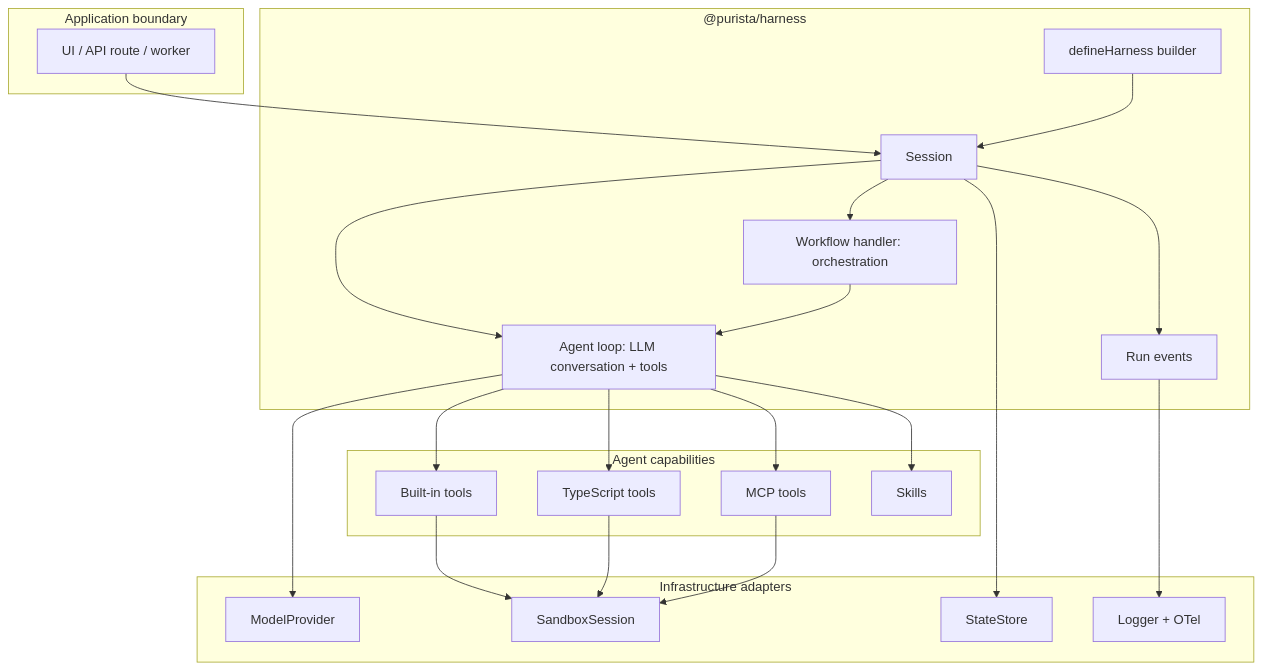
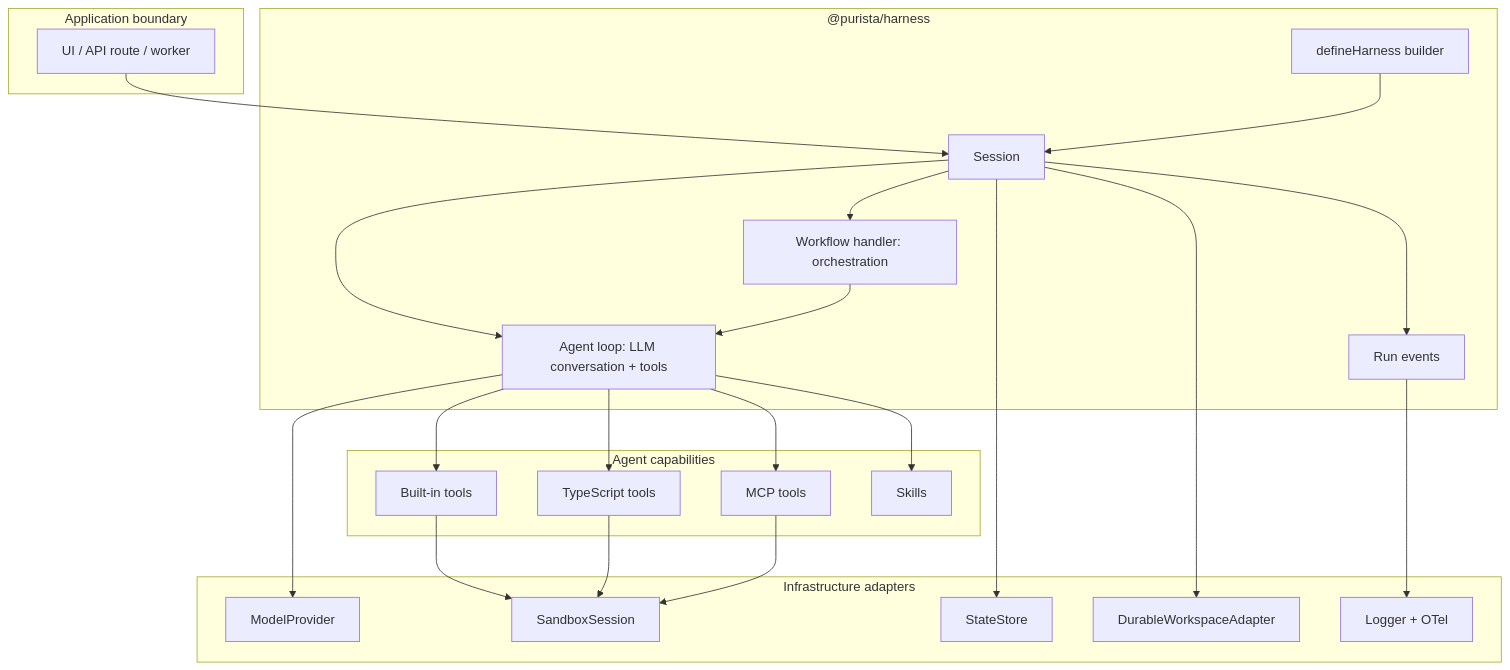
The first of 5 diagrams in docs/concepts/architecture.md (puristajs/harness), drawn with Mermaid before and after one commit. The commit also changed other lines of this file and 31 other files, not shown here.

Commit message:
feat: add durable workspace replay support

````diff
--- a/docs/concepts/architecture.md
+++ b/docs/concepts/architecture.md
@@ -9,45 +9,47 @@
 ```mermaid
 flowchart TB
   subgraph App["Application boundary"]
     UI["UI / API route / worker"]
   end
 
   subgraph Harness["@purista/harness"]
     Builder["defineHarness builder"]
     Session["Session"]
     Agent["Agent loop: LLM conversation + tools"]
     Workflow["Workflow handler: orchestration"]
     Events["Run events"]
   end
 
   subgraph Adapters["Infrastructure adapters"]
     Model["ModelProvider"]
     State["StateStore"]
     Sandbox["SandboxSession"]
+    Workspace["DurableWorkspaceAdapter"]
     Telemetry["Logger + OTel"]
   end
 
   subgraph Capabilities["Agent capabilities"]
     Builtin["Built-in tools"]
     TsTool["TypeScript tools"]
     Mcp["MCP tools"]
     Skills["Skills"]
   end
 
   UI --> Session
   Builder --> Session
   Session --> Agent
   Session --> Workflow
   Workflow --> Agent
   Agent --> Model
   Agent --> Builtin
   Agent --> TsTool
   Agent --> Mcp
   Agent --> Skills
   Builtin --> Sandbox
   TsTool --> Sandbox
   Mcp --> Sandbox
   Session --> State
+  Session --> Workspace
   Session --> Events
   Events --> Telemetry
 ```
````
